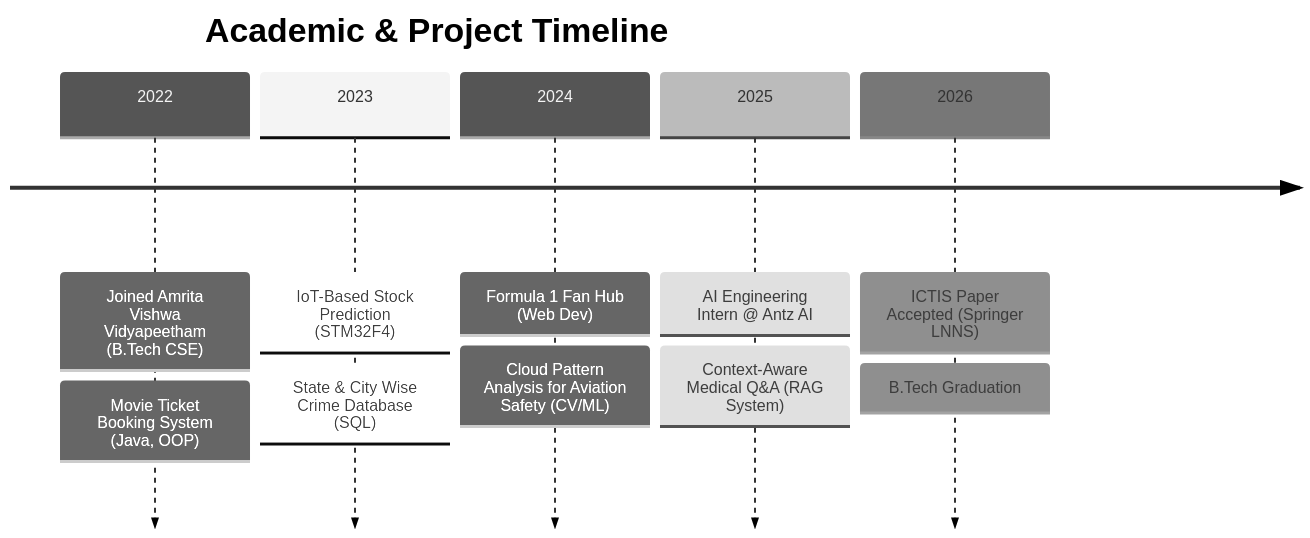
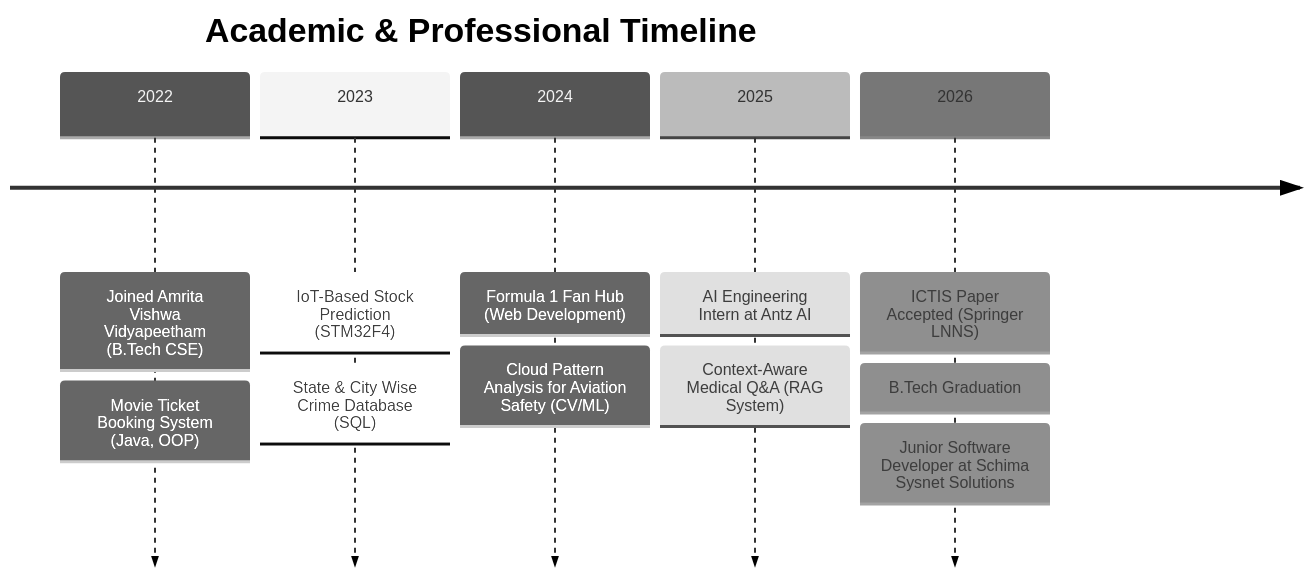
One commit to sudhakar-1104/sudhakar-1104 changed the diagram in README.md. Above: the diagram before and after it, drawn with Mermaid (neutral theme). The commit also changed other lines of this file, not shown here.

````diff
--- a/README.md
+++ b/README.md
@@ -107,9 +123,9 @@
 ```mermaid
 timeline
-    title Academic & Project Timeline
+    title Academic & Professional Timeline
     2022 : Joined Amrita Vishwa Vidyapeetham (B.Tech CSE) : Movie Ticket Booking System (Java, OOP)
     2023 : IoT-Based Stock Prediction (STM32F4) : State & City Wise Crime Database (SQL)
-    2024 : Formula 1 Fan Hub (Web Dev) : Cloud Pattern Analysis for Aviation Safety (CV/ML)
-    2025 : AI Engineering Intern @ Antz AI : Context-Aware Medical Q&A (RAG System)
-    2026 : ICTIS Paper Accepted (Springer LNNS) : B.Tech Graduation
+    2024 : Formula 1 Fan Hub (Web Development) : Cloud Pattern Analysis for Aviation Safety (CV/ML)
+    2025 : AI Engineering Intern at Antz AI : Context-Aware Medical Q&A (RAG System)
+    2026 : ICTIS Paper Accepted (Springer LNNS) : B.Tech Graduation : Junior Software Developer at Schima Sysnet Solutions
 ```
````
